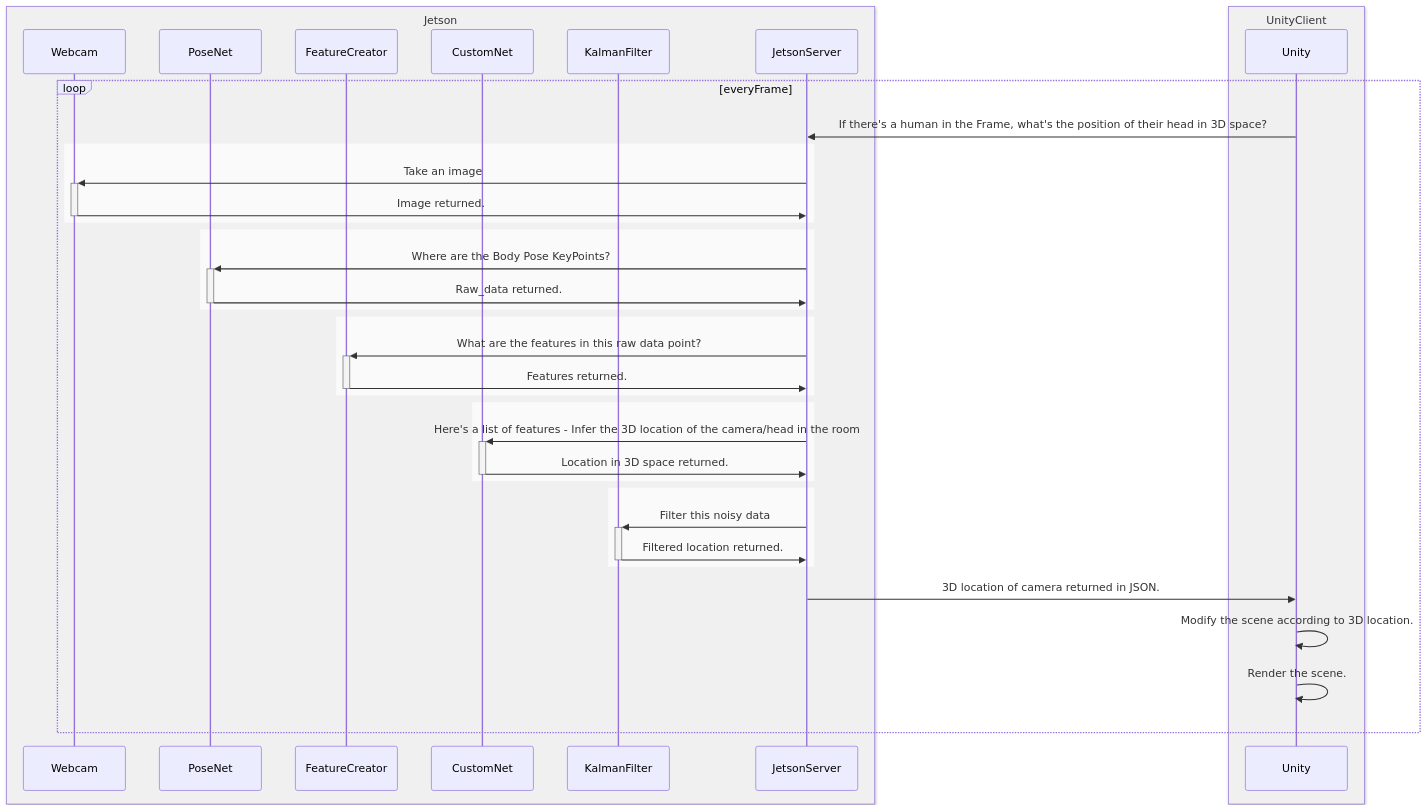
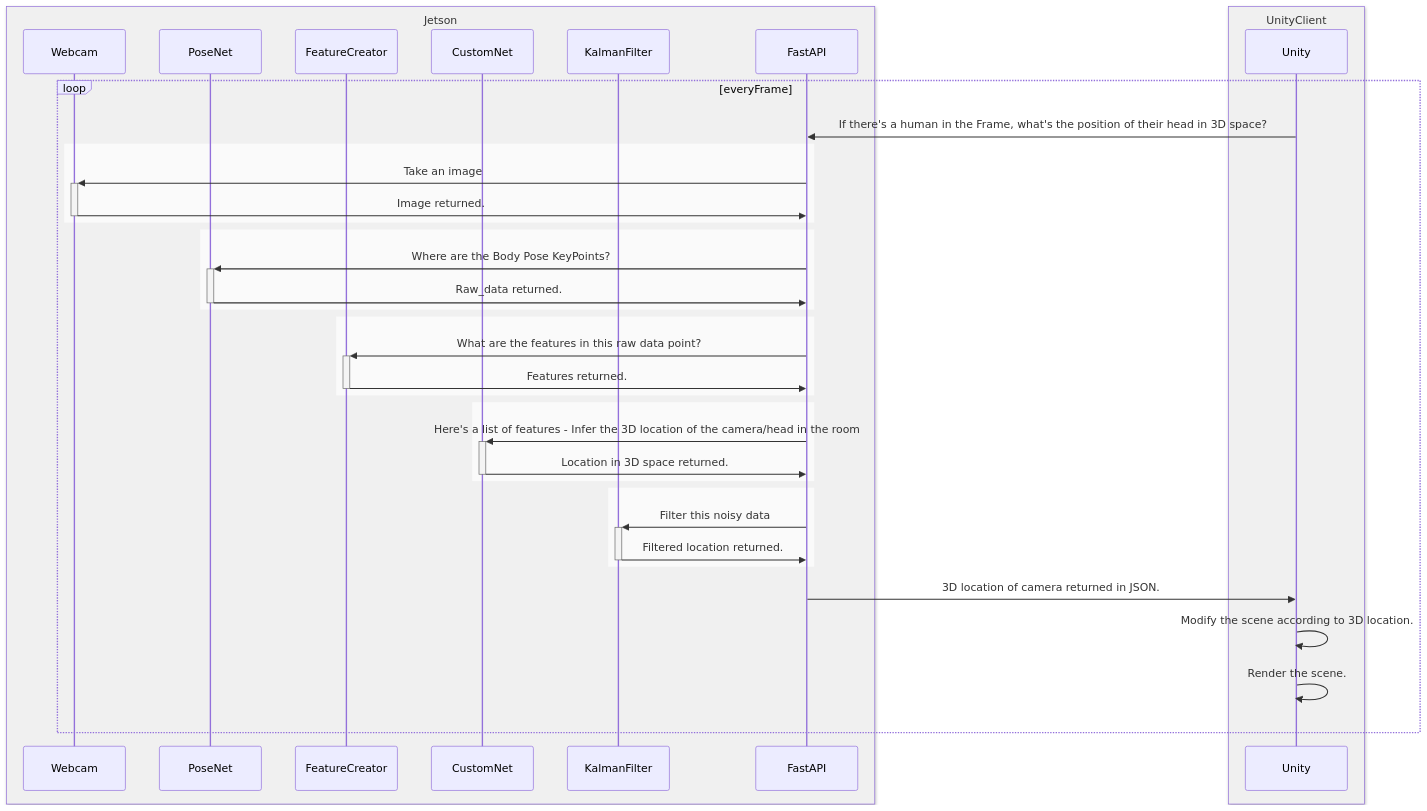
One commit to eyast/eyast.github.io changed the diagram in _projects/3D_Display.md. Above: the diagram before and after it, drawn with Mermaid.

Commit message:
renamed JetsonServer to FastAPI

```diff
--- a/_projects/3D_Display.md
+++ b/_projects/3D_Display.md
@@ -31,41 +31,41 @@
 {% mermaid %}
 sequenceDiagram
     box rgb(240,240,240) Jetson
     participant Webcam
     participant PoseNet
     participant FeatureCreator
     participant CustomNet
     participant KalmanFilter
-    participant JetsonServer
+    participant FastAPI
     end
     box  rgb(240,240,240) UnityClient
     participant Unity
     end
     loop everyFrame
-    Unity->>JetsonServer:If there's a human in the Frame, what's the position of their head in 3D space?
+    Unity->>FastAPI:If there's a human in the Frame, what's the position of their head in 3D space?
     rect rgb(250,250,250)
-    JetsonServer->>+Webcam: Take an image
-    Webcam->>-JetsonServer: Image returned.
+    FastAPI->>+Webcam: Take an image
+    Webcam->>-FastAPI: Image returned.
     end
     rect rgb(250,250,250)
-    JetsonServer->>+PoseNet: Where are the Body Pose KeyPoints?
-    PoseNet->>-JetsonServer: Raw_data returned.
+    FastAPI->>+PoseNet: Where are the Body Pose KeyPoints?
+    PoseNet->>-FastAPI: Raw_data returned.
     end
     rect rgb(250,250,250)
-    JetsonServer->>+FeatureCreator: What are the features in this raw data point?
-    FeatureCreator->>-JetsonServer: Features returned.
+    FastAPI->>+FeatureCreator: What are the features in this raw data point?
+    FeatureCreator->>-FastAPI: Features returned.
     end
     rect rgb(250,250,250)
-    JetsonServer->>+CustomNet: Here's a list of features - Infer the 3D location of the camera/head in the room
-    CustomNet->>-JetsonServer: Location in 3D space returned.
+    FastAPI->>+CustomNet: Here's a list of features - Infer the 3D location of the camera/head in the room
+    CustomNet->>-FastAPI: Location in 3D space returned.
     end
     rect rgb(250,250,250)
-    JetsonServer->>+KalmanFilter: Filter this noisy data
-    KalmanFilter->>-JetsonServer: Filtered location returned.
+    FastAPI->>+KalmanFilter: Filter this noisy data
+    KalmanFilter->>-FastAPI: Filtered location returned.
     end
-    JetsonServer->>Unity: 3D location of camera returned in JSON.
+    FastAPI->>Unity: 3D location of camera returned in JSON.
     Unity->>Unity: Modify the scene according to 3D location.
     Unity->>Unity: Render the scene.
     end
 
 {% endmermaid %}
```
